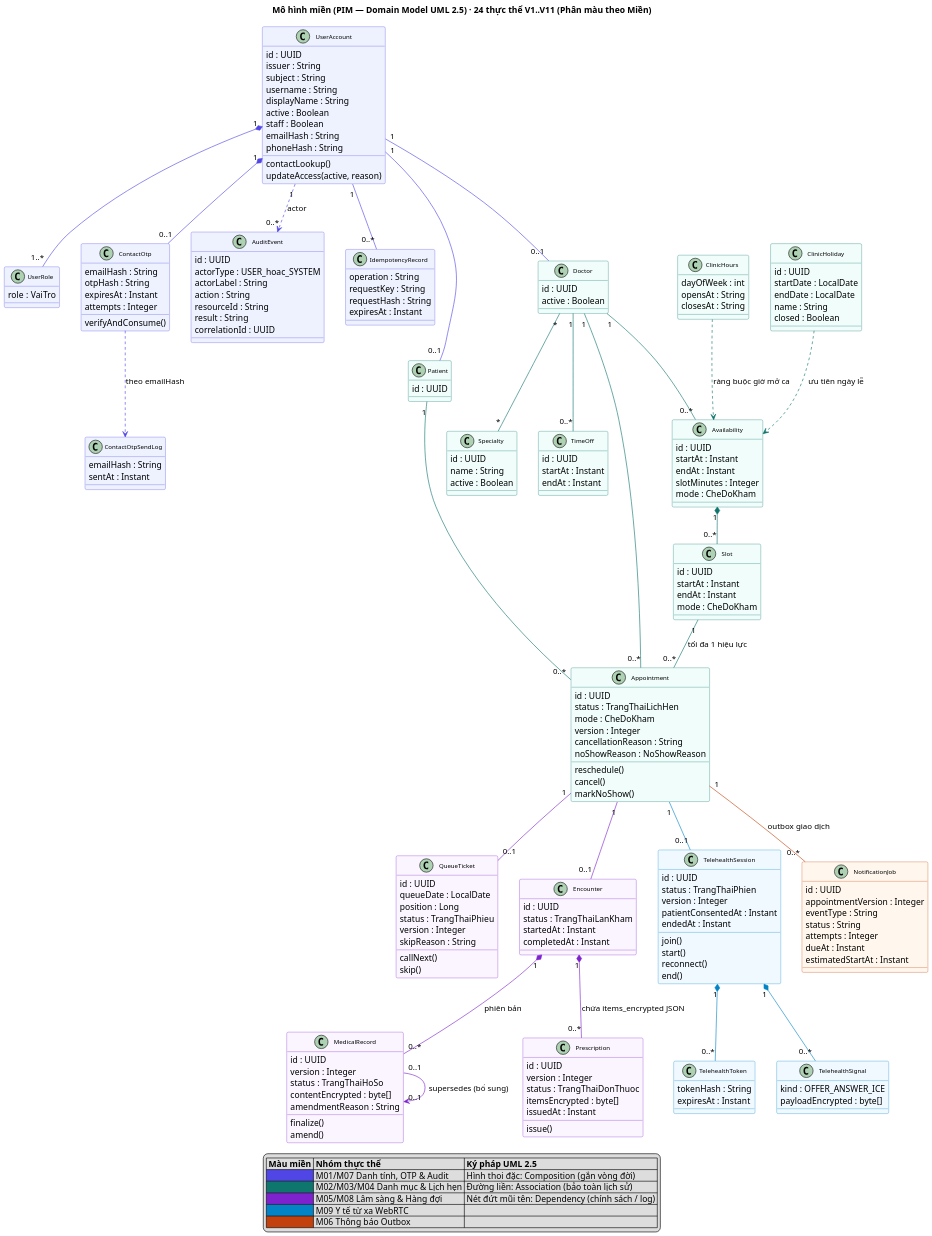
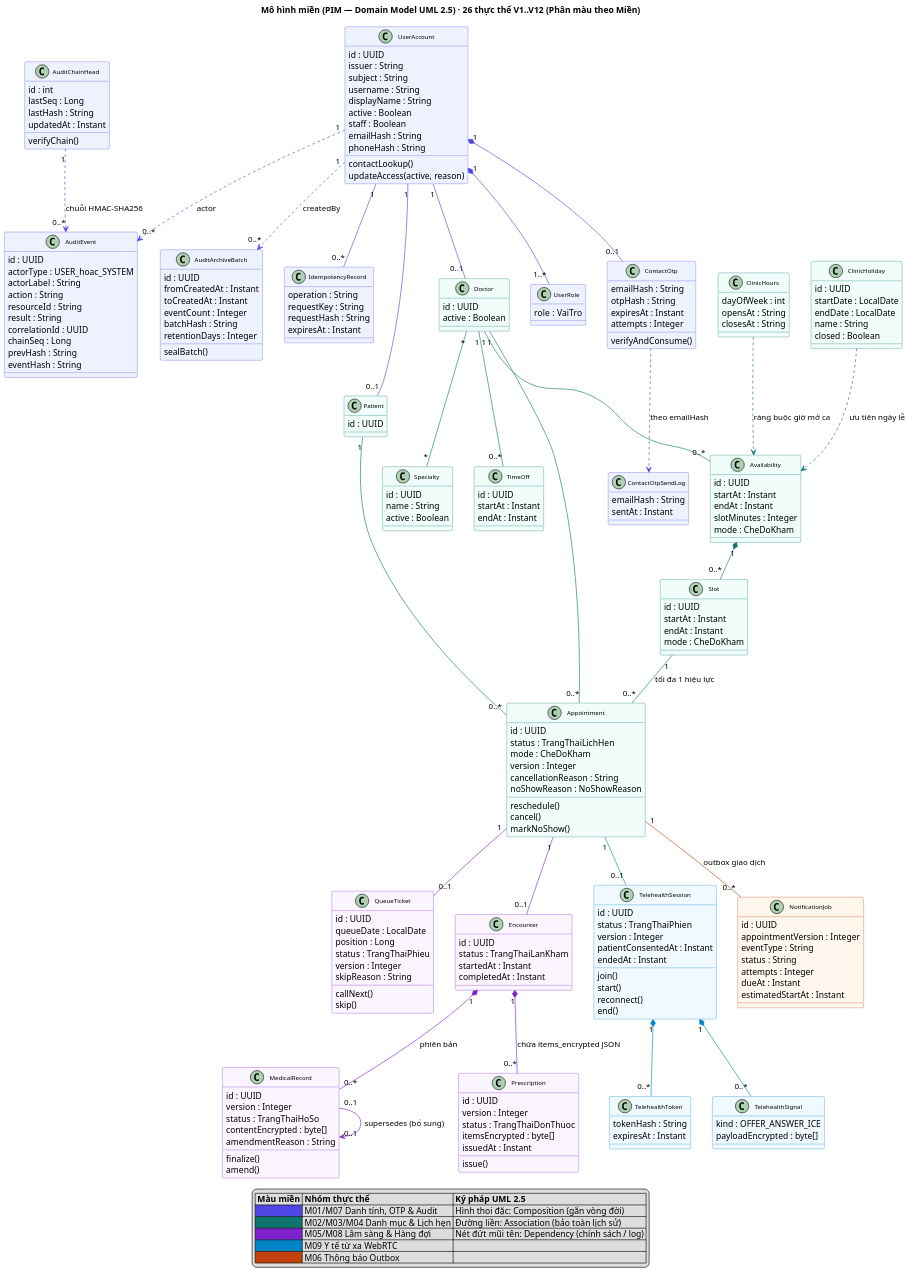
Before and after one commit to Samie32/SE-project: the diagram in docs/design/class-diagram/class-diagram.puml, drawn with PlantUML. The commit also changed 22 other files, not shown here.

```diff
--- a/docs/design/class-diagram/class-diagram.puml
+++ b/docs/design/class-diagram/class-diagram.puml
@@ -8,7 +8,7 @@
 skinparam noteBorderColor #F9A825
 skinparam shadowing false
 skinparam dpi 150
-title Mô hình miền (PIM — Domain Model UML 2.5) · 24 thực thể V1..V11 (Phân màu theo Miền)
+title Mô hình miền (PIM — Domain Model UML 2.5) · 26 thực thể V1..V12 (Phân màu theo Miền)
 
 ' ── M01 / M07 Danh tính, OTP & Kiểm toán (#4F46E5) ──
 class UserAccount #EEF2FF;line:4F46E5 {
@@ -50,6 +50,27 @@
   resourceId : String
   result : String
   correlationId : UUID
+  chainSeq : Long
+  prevHash : String
+  eventHash : String
+}
+
+class AuditChainHead #EEF2FF;line:4F46E5 {
+  id : int
+  lastSeq : Long
+  lastHash : String
+  updatedAt : Instant
+  verifyChain()
+}
+
+class AuditArchiveBatch #EEF2FF;line:4F46E5 {
+  id : UUID
+  fromCreatedAt : Instant
+  toCreatedAt : Instant
+  eventCount : Integer
+  batchHash : String
+  retentionDays : Integer
+  sealBatch()
 }
 
 class IdempotencyRecord #EEF2FF;line:4F46E5 {
@@ -224,6 +245,8 @@
 
 ' Dependency (..>): tham chiếu / chính sách / audit / rate-log
 UserAccount "1" .[#4F46E5].> "0..*" AuditEvent : actor
+AuditChainHead "1" .[#4F46E5].> "0..*" AuditEvent : chuỗi HMAC-SHA256
+UserAccount "1" .[#4F46E5].> "0..*" AuditArchiveBatch : createdBy
 ContactOtp .[#4F46E5].> ContactOtpSendLog : theo emailHash
 ClinicHours .[#0F766E].> Availability : ràng buộc giờ mở ca
 ClinicHoliday .[#0F766E].> Availability : ưu tiên ngày lễ
```
